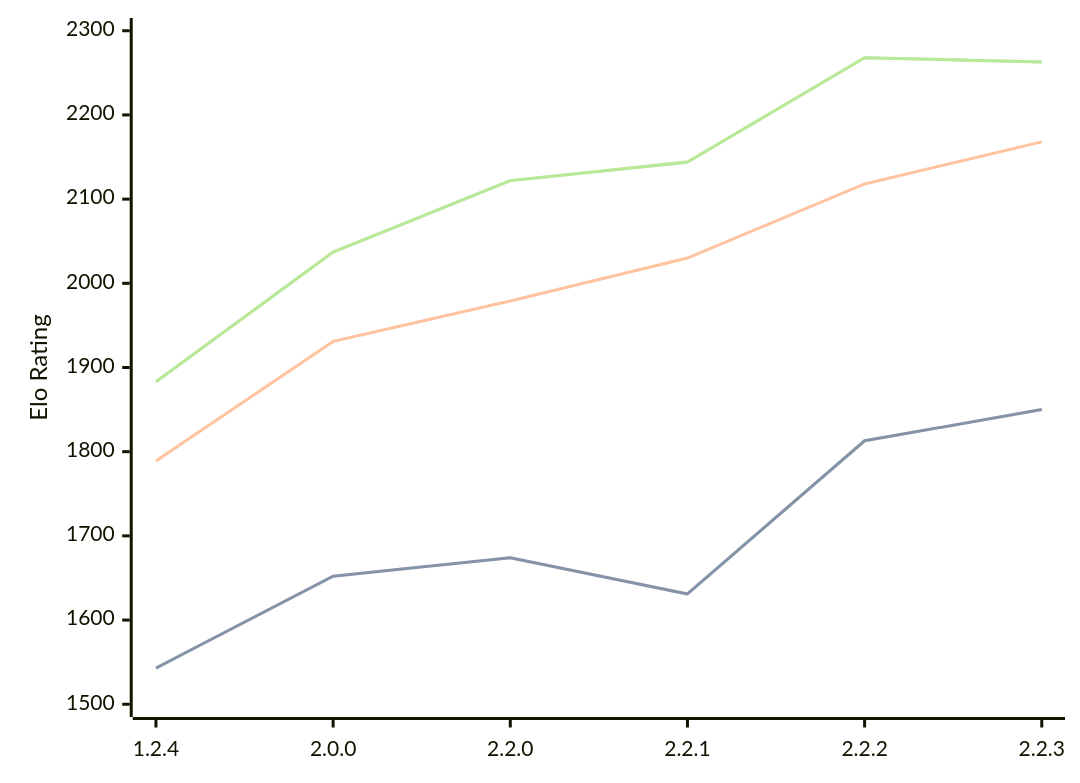
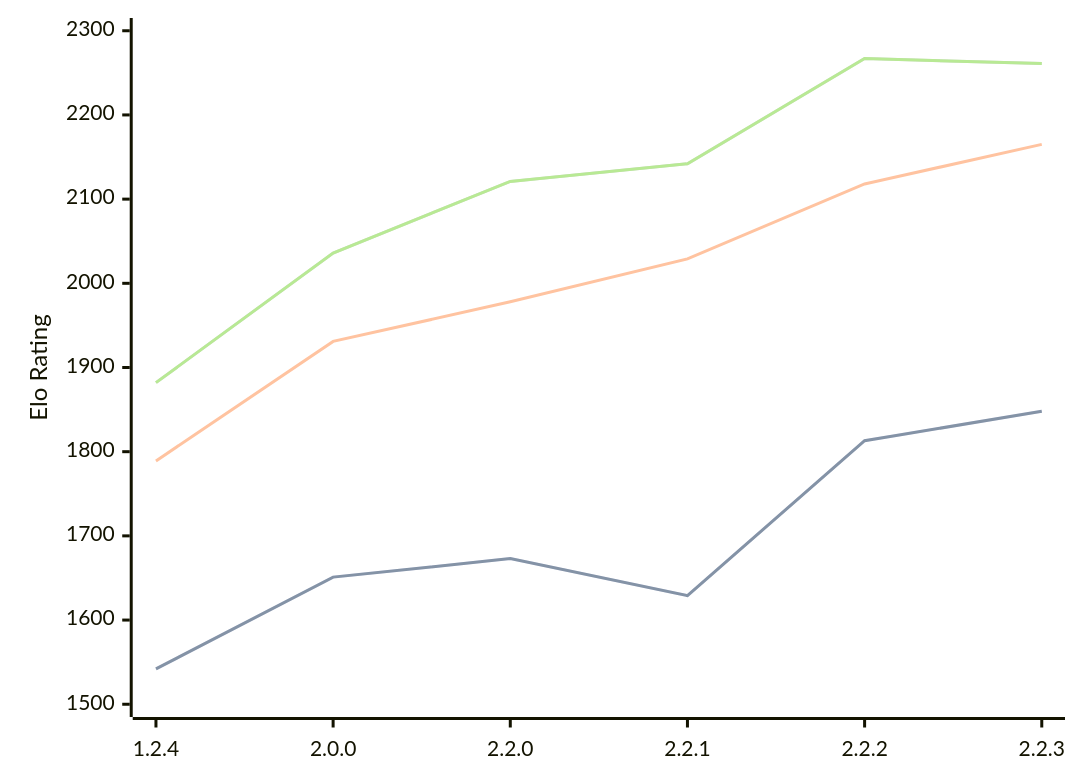
One commit to computer-chess-index/cci changed the diagram in engines/Kreveta.md. Above: the diagram before and after it, drawn with Mermaid. The commit also changed other lines of this file, not shown here.

Commit message:
Update CCI Ratings (ELO VLTC) - 2026-02-28

````diff
--- a/engines/Kreveta.md
+++ b/engines/Kreveta.md
@@ -37,11 +37,11 @@
 ```mermaid
 %%{init: {"theme":"base","themeVariables":{"seriesColors:['#a3a3a3','#222221','#faa371']}}}%%
 xychart-beta
   x-axis ["1.2.4", "2.0.0", "2.2.0", "2.2.1", "2.2.2", "2.2.3"]
   y-axis "Elo Rating" 1500 --> 2300
-  line "STC (8.0+0.08s)" [1543, 1652, 1674, 1631, 1813, 1850]
-  line "STC (8.0+0.08s)" [1543, 1652, 1674, 1631, 1813, 1850]
-  line "LTC (60.0+0.60s)" [1789, 1931, 1979, 2030, 2118, 2168]
-  line "VLTC (2m24s+1.12s)" [1883, 2037, 2122, 2144, 2268, 2263]
-  line "VLTC (2m24s+1.12s)" [1883, 2037, 2122, 2144, 2268, 2263]
+  line "STC (8.0+0.08s)" [1542, 1651, 1673, 1629, 1813, 1848]
+  line "STC (8.0+0.08s)" [1542, 1651, 1673, 1629, 1813, 1848]
+  line "LTC (60.0+0.60s)" [1789, 1931, 1978, 2029, 2118, 2165]
+  line "VLTC (2m24s+1.12s)" [1882, 2036, 2121, 2142, 2267, 2261]
+  line "VLTC (2m24s+1.12s)" [1882, 2036, 2121, 2142, 2267, 2261]
 ```
````
